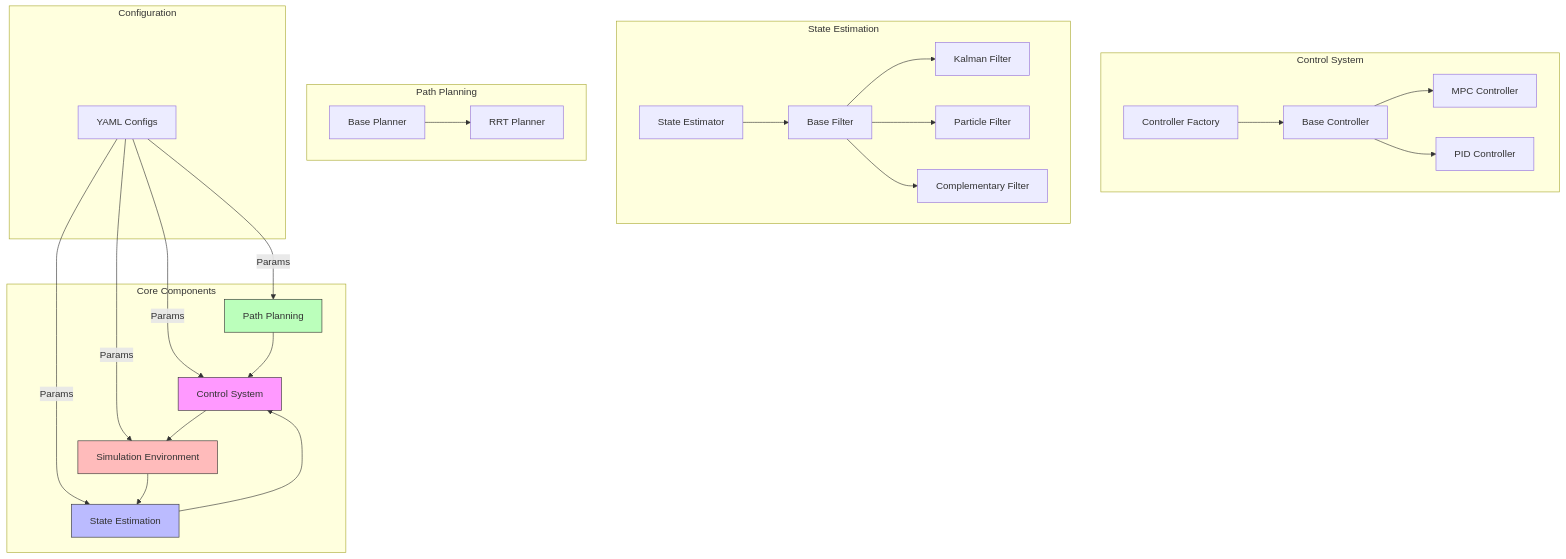
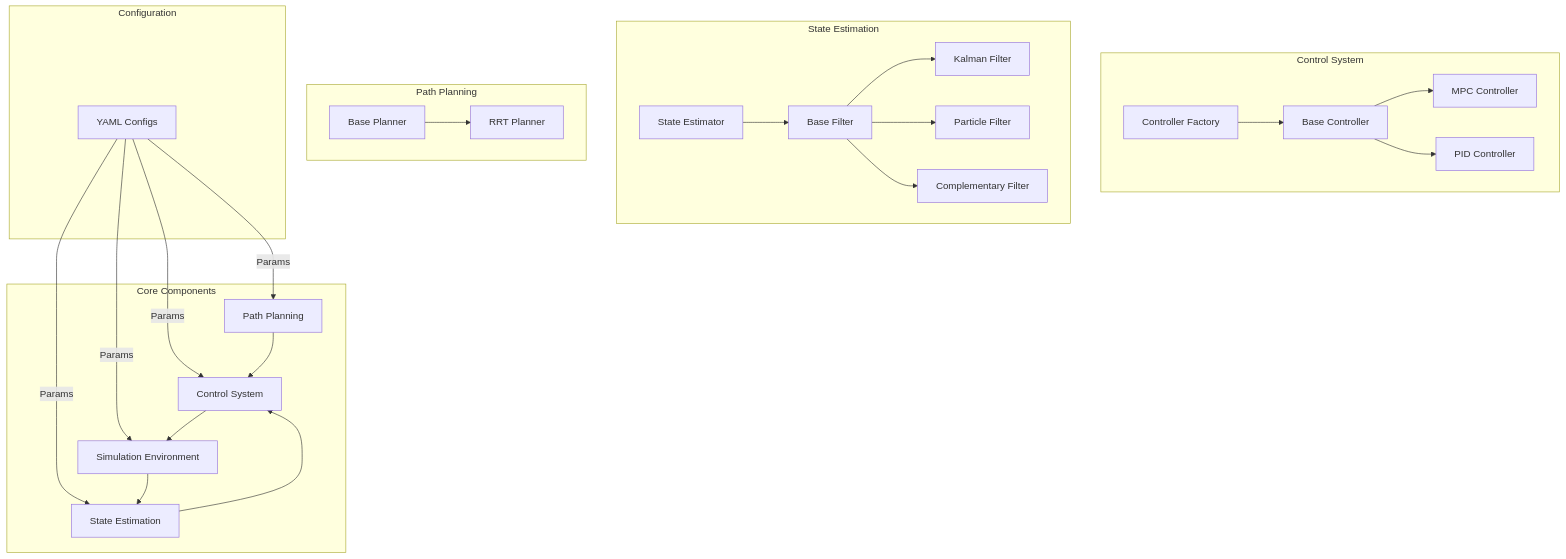
One commit to shaoanlu/control_system_project_template changed the diagram in src/README.md. Above: the diagram before and after it, drawn with Mermaid.

````diff
--- a/src/README.md
+++ b/src/README.md
@@ -10,55 +10,50 @@
 ```mermaid
 graph TB
     subgraph Core Components
         Control[Control System]
         Estimation[State Estimation]
         Planning[Path Planning]
         Env[Simulation Environment]
     end
 
     subgraph Control System
         CF[Controller Factory]
         BC[Base Controller]
         MPC[MPC Controller]
         PID[PID Controller]
         CF --> BC
         BC --> MPC
         BC --> PID
     end
 
     subgraph State Estimation
         SE[State Estimator]
         BF[Base Filter]
         KF[Kalman Filter]
         PF[Particle Filter]
         CF2[Complementary Filter]
         SE --> BF
         BF --> KF
         BF --> PF
         BF --> CF2
     end
 
     subgraph Path Planning
         BP[Base Planner]
         RRT[RRT Planner]
         BP --> RRT
     end
 
     subgraph Configuration
         Config[YAML Configs]
         Config --> |Params| Control
         Config --> |Params| Estimation 
         Config --> |Params| Planning
         Config --> |Params| Env
     end
 
     Control --> Env
     Estimation --> Control
     Planning --> Control
     Env --> Estimation
-
-    style Control fill:#f9f,stroke:#333
-    style Estimation fill:#bbf,stroke:#333
-    style Planning fill:#bfb,stroke:#333
-    style Env fill:#fbb,stroke:#333
 ```
````
